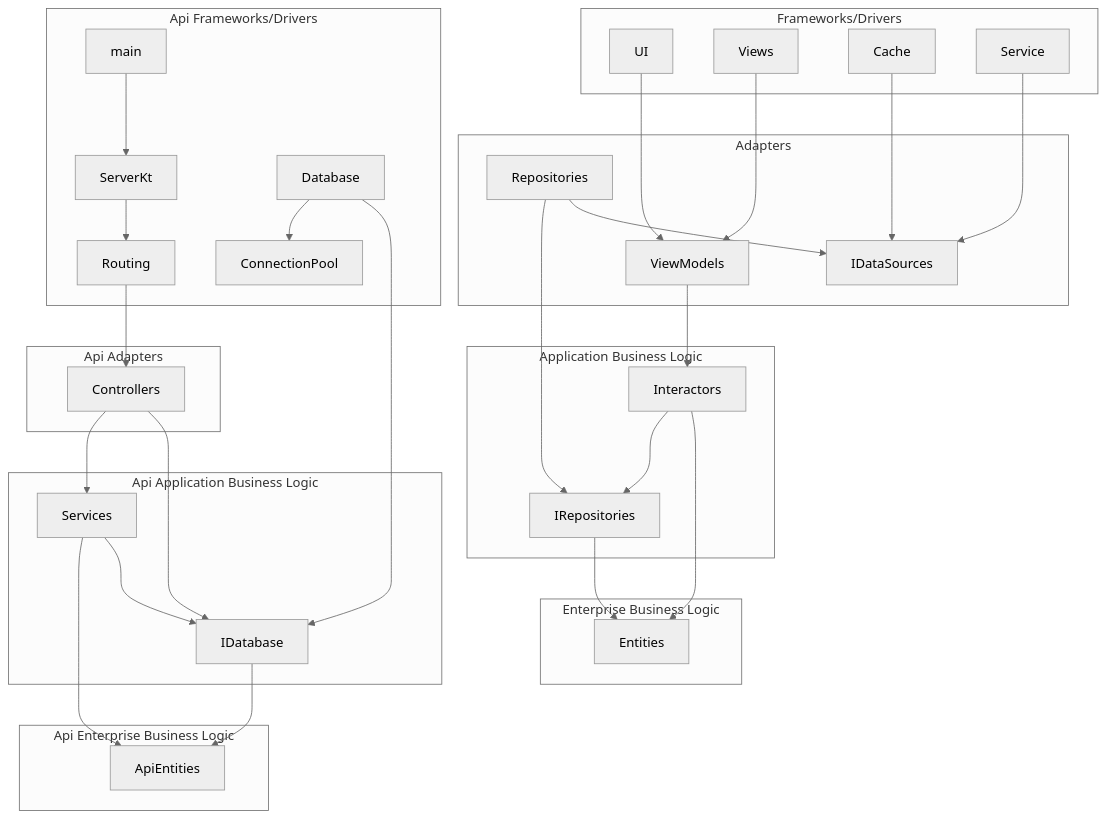
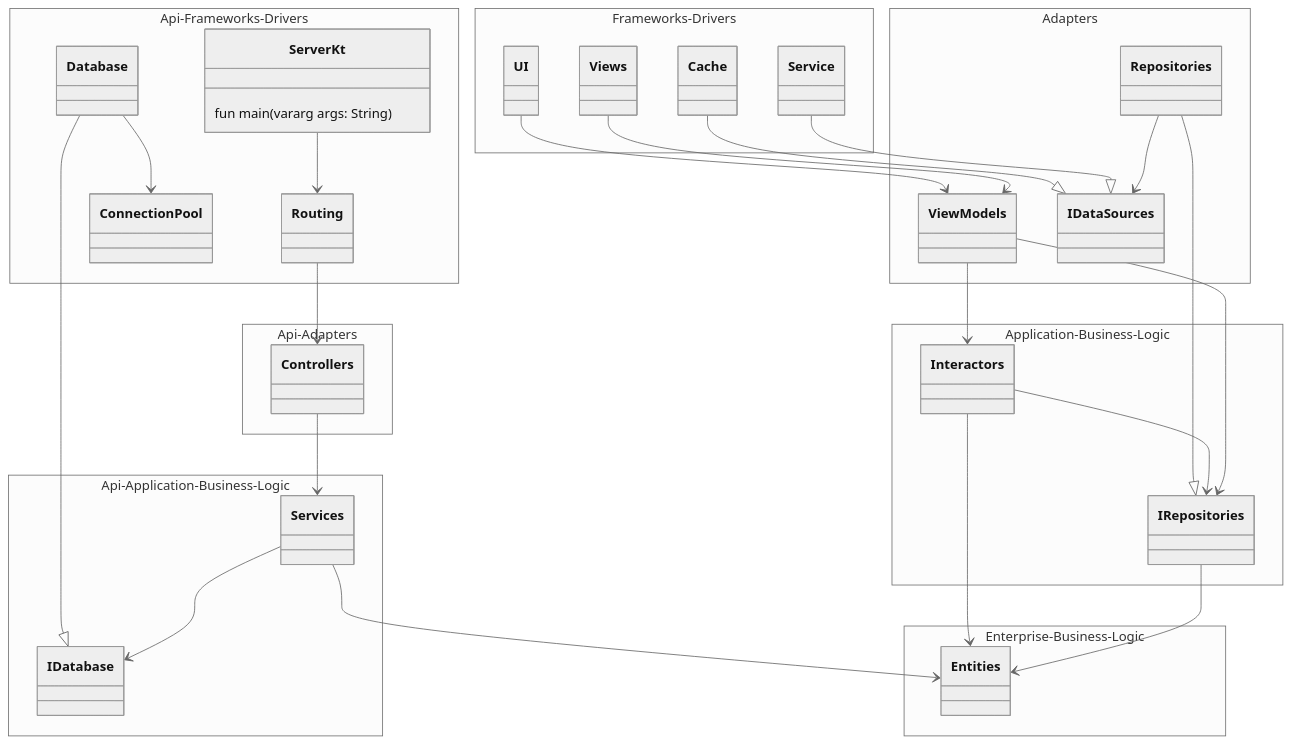
The first of 2 diagrams in README.md (Pointyware/XYZ), drawn with Mermaid before and after one commit. The commit also changed other lines of this file, not shown here.

Commit message:
replace flow diagram with class diagram

````diff
--- a/README.md
+++ b/README.md
@@ -39,72 +40,69 @@
 ```mermaid
 %%{
   init: {
     'theme': 'neutral'
   }
 }%%
 
-graph TB
-  subgraph Frameworks/Drivers
-    UI
-    Views
-    Cache
-    Service
-  end
-  UI ---> ViewModels
-  Views ---> ViewModels
-  Cache ---> IDataSources
-  Service ---> IDataSources
+classDiagram
 
-  subgraph Adapters
-    ViewModels
-    IDataSources
-    Repositories
-  end
-  ViewModels --> Interactors
-  Repositories --> IRepositories
-  Repositories --> IDataSources
-  
-  subgraph Application Business Logic
-    Interactors
-    IRepositories
-  end
-  Interactors --> IRepositories
-  Interactors --> Entities
-  IRepositories --> Entities
+namespace Api-Frameworks-Drivers {
 
-  subgraph Enterprise Business Logic
-    Entities
-  end
+  class ServerKt {
+    fun main(vararg args: String)
+  }
+  class Routing
+  class ConnectionPool
+  class Database
+}
+ServerKt --> Routing
+Database --> ConnectionPool
 
-  subgraph Api Frameworks/Drivers
-    main
-    ServerKt
-    Routing
-    Database
-    ConnectionPool
-  end
-  main --> ServerKt
-  ServerKt --> Routing
-  Routing --> Controllers
-  Database --> ConnectionPool
-  Database --> IDatabase
+namespace Frameworks-Drivers {
+  class UI
+  class Views
+  class Cache
+  class Service
+}
 
-  subgraph Api Adapters
-    Controllers
-  end
-  Controllers --> Services
-  Controllers --> IDatabase
-  
-  subgraph Api Application Business Logic
-    Services
-    IDatabase
-  end
-  Services --> ApiEntities
-  Services --> IDatabase
-  IDatabase --> ApiEntities
+namespace Api-Adapters {
+  class Controllers
+}
+Routing --> Controllers
 
-  subgraph Api Enterprise Business Logic
-    ApiEntities
-  end
+namespace Adapters {
+  class Repositories
+  class ViewModels
+  class IDataSources
+}
+Cache --|> IDataSources
+Service --|> IDataSources
+Repositories --> IDataSources
+UI --> ViewModels
+Views --> ViewModels
+
+namespace Api-Application-Business-Logic {
+  class Services
+  class IDatabase
+}
+Database --|> IDatabase
+Services --> IDatabase
+Controllers --> Services
+
+namespace Application-Business-Logic {
+  class Interactors
+  class IRepositories
+}
+Repositories --|> IRepositories
+Interactors --> IRepositories
+ViewModels --> Interactors
+ViewModels --> IRepositories
+
+namespace Enterprise-Business-Logic {
+  class Entities
+}
+Interactors --> Entities
+IRepositories --> Entities
+Services --> Entities
 
 ```
````
